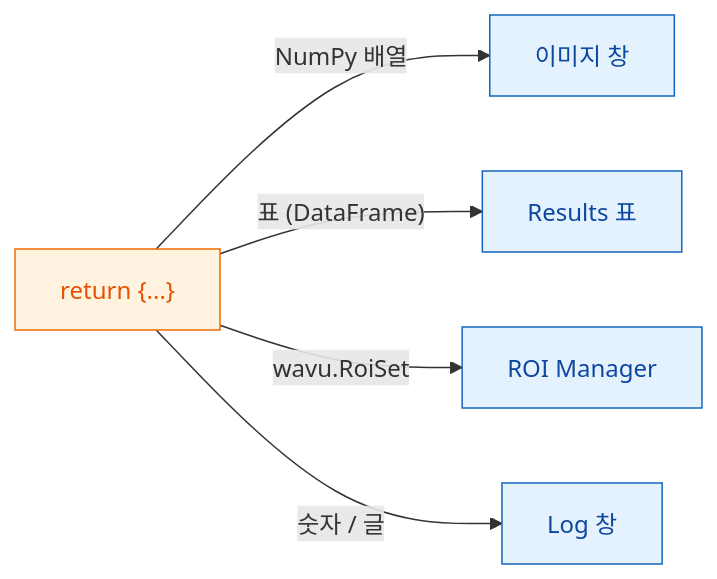
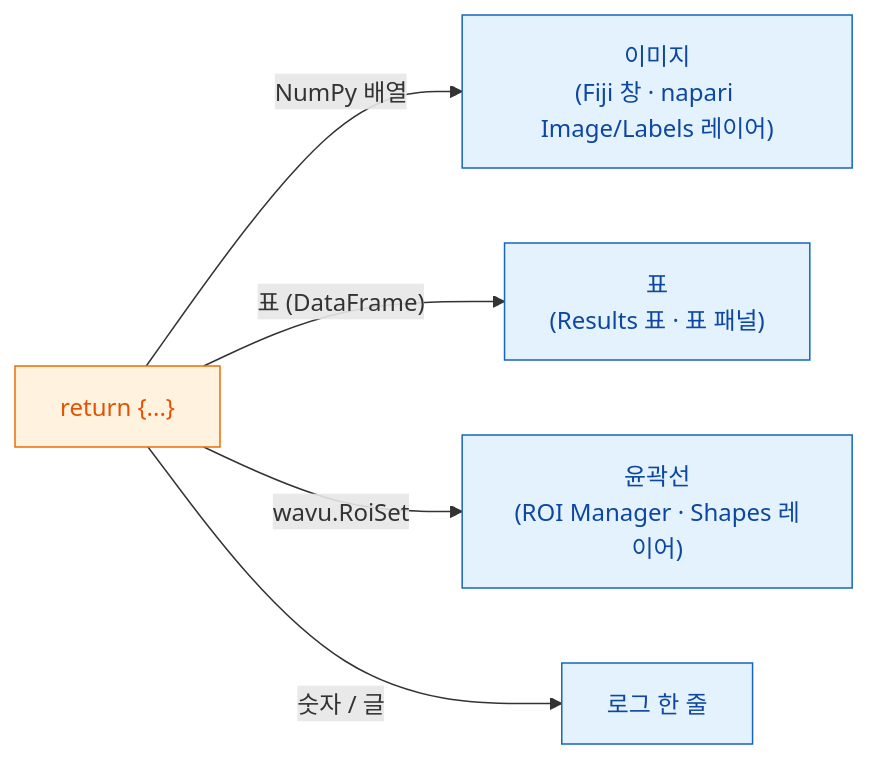
Before and after one commit to Oxford-Zeiss-Centre-of-Excellence/Wavu: the diagram in guide/write/outputs.ko.md, drawn with Mermaid. The commit also changed other lines of this file and 221 other files, not shown here.

````diff
--- a/guide/write/outputs.ko.md
+++ b/guide/write/outputs.ko.md
@@ -10,15 +12,15 @@
 ```mermaid
 flowchart LR
     R["return {...}"]:::script
-    I["이미지 창"]:::fiji
-    T["Results 표"]:::fiji
-    O["ROI Manager"]:::fiji
-    L["Log 창"]:::fiji
+    I["이미지<br/>(Fiji 창 · napari Image/Labels 레이어)"]:::fiji
+    T["표<br/>(Results 표 · 표 패널)"]:::fiji
+    O["윤곽선<br/>(ROI Manager · Shapes 레이어)"]:::fiji
+    L["로그 한 줄"]:::fiji
     R -- "NumPy 배열" --> I
     R -- "표 (DataFrame)" --> T
     R -- "wavu.RoiSet" --> O
     R -- "숫자 / 글" --> L
 
     classDef fiji   fill:#e3f2fd,stroke:#1565c0,color:#0d47a1
     classDef script fill:#fff3e0,stroke:#ef6c00,color:#e65100
 ```
````
